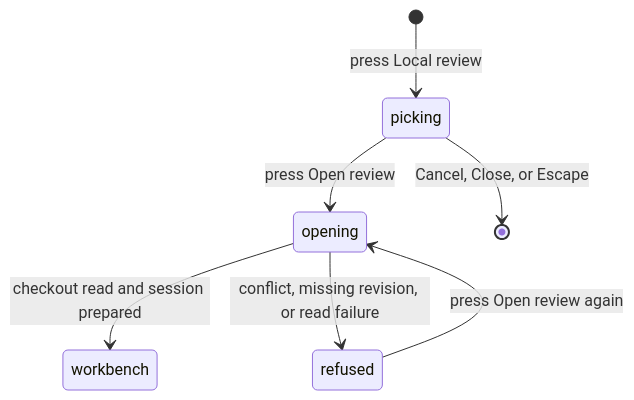
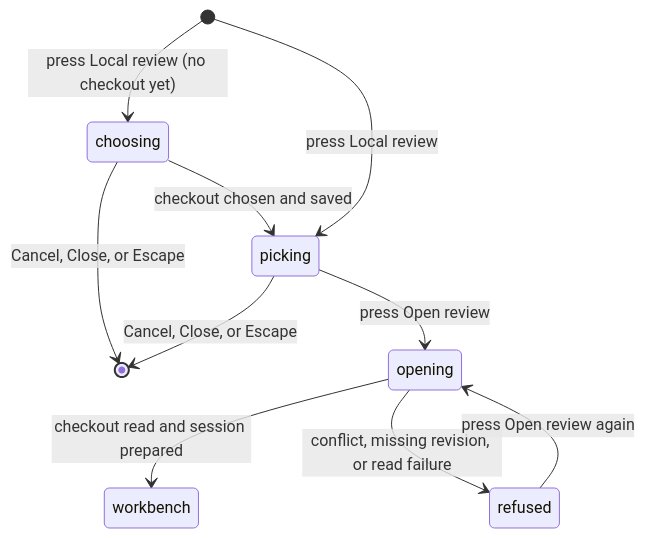
The diagram in docs/product-description/pull-requests/opening-a-local-review.md (kwanpham2195/patchdesk), drawn with Mermaid before and after one commit. The commit also changed other lines of this file and 102 other files, not shown here.

````diff
--- a/docs/product-description/pull-requests/opening-a-local-review.md
+++ b/docs/product-description/pull-requests/opening-a-local-review.md
@@ -15,9 +15,12 @@
 ```mermaid
 stateDiagram-v2
+    [*] --> choosing : press Local review (no checkout yet)
+    choosing --> picking : checkout chosen and saved
+    choosing --> [*] : Cancel, Close, or Escape
     [*] --> picking : press Local review
     picking --> opening : press Open review
     opening --> workbench : checkout read and session prepared
     opening --> refused : conflict, missing revision, or read failure
     refused --> opening : press Open review again
     picking --> [*] : Cancel, Close, or Escape
 ```
````
